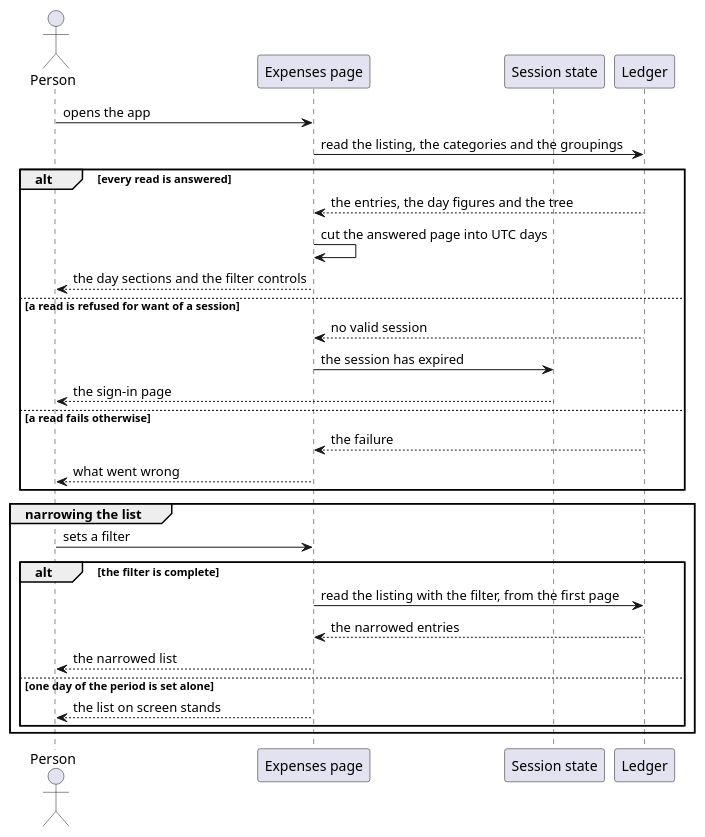
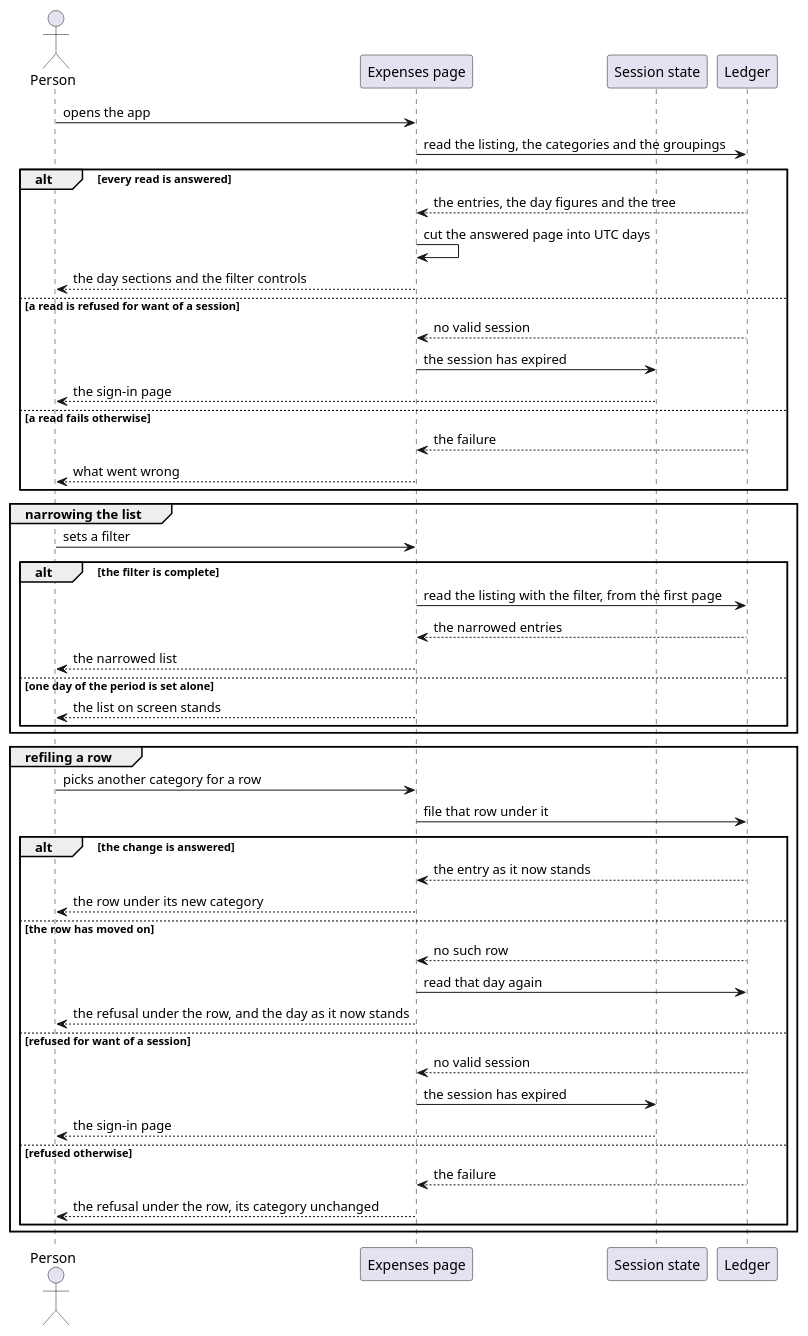
Before and after one commit to ds-usova/finance-bot: the first of 2 diagrams in web-app/docs/usecases/browse-recorded-expenses.md, drawn with PlantUML. The commit also changed other lines of this file and 8 other files, not shown here.

Commit message:
Documentation: archive web-app's use-case and contract pages for the-browser-owns-its-refusal-wording

````diff
--- a/web-app/docs/usecases/browse-recorded-expenses.md
+++ b/web-app/docs/usecases/browse-recorded-expenses.md
@@ -38,35 +48,55 @@
 ```plantuml
 @startuml BrowseRecordedExpenses-Sequence
 actor "Person" as User
 participant "Expenses page" as Page
 participant "Session state" as Auth
 participant "Ledger" as Ledger
 
 User -> Page : opens the app
 Page -> Ledger : read the listing, the categories and the groupings
 
 alt every read is answered
   Ledger --> Page : the entries, the day figures and the tree
   Page -> Page : cut the answered page into UTC days
   Page --> User : the day sections and the filter controls
 else a read is refused for want of a session
   Ledger --> Page : no valid session
   Page -> Auth : the session has expired
   Auth --> User : the sign-in page
 else a read fails otherwise
   Ledger --> Page : the failure
   Page --> User : what went wrong
 end
 
 group narrowing the list
   User -> Page : sets a filter
   alt the filter is complete
     Page -> Ledger : read the listing with the filter, from the first page
     Ledger --> Page : the narrowed entries
     Page --> User : the narrowed list
   else one day of the period is set alone
     Page --> User : the list on screen stands
   end
 end
+
+group refiling a row
+  User -> Page : picks another category for a row
+  Page -> Ledger : file that row under it
+  alt the change is answered
+    Ledger --> Page : the entry as it now stands
+    Page --> User : the row under its new category
+  else the row has moved on
+    Ledger --> Page : no such row
+    Page -> Ledger : read that day again
+    Page --> User : the refusal under the row, and the day as it now stands
+  else refused for want of a session
+    Ledger --> Page : no valid session
+    Page -> Auth : the session has expired
+    Auth --> User : the sign-in page
+  else refused otherwise
+    Ledger --> Page : the failure
+    Page --> User : the refusal under the row, its category unchanged
+  end
+end
 @enduml
 ```
````
